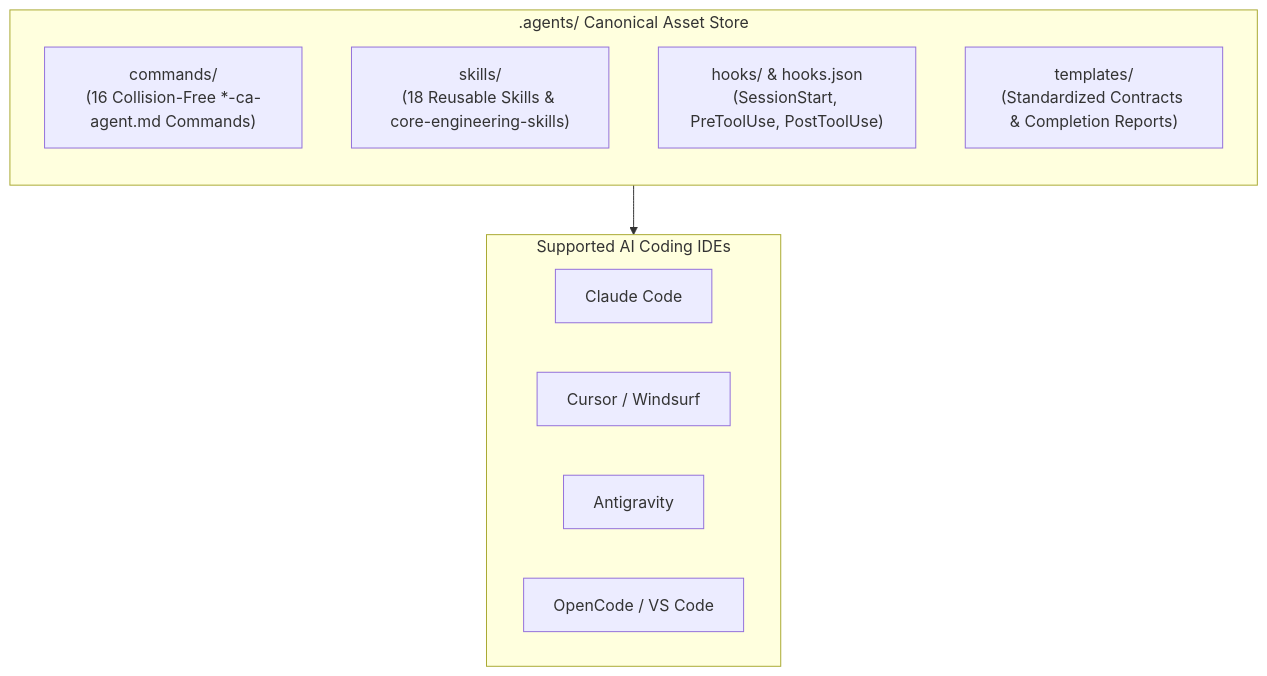
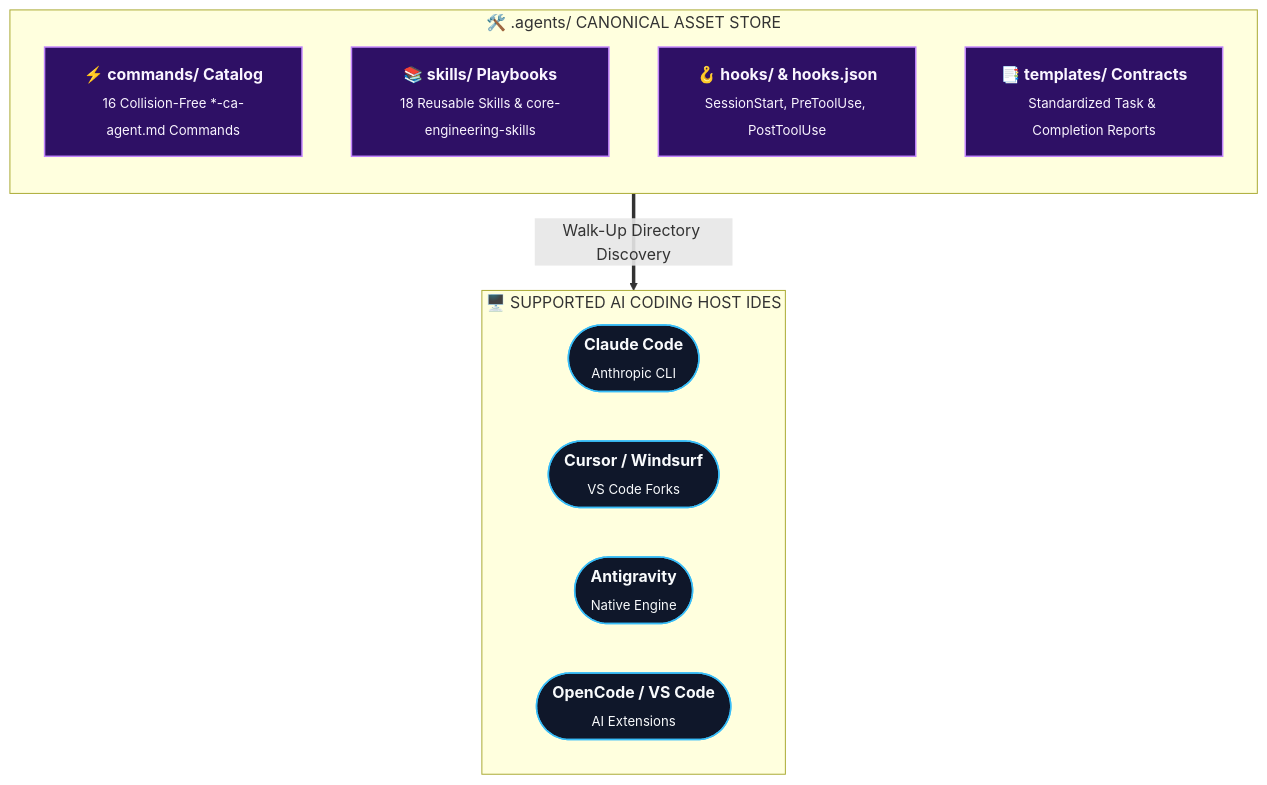
One commit to rmsofficialsyt/Agentic-AI-Vibe-Coding-AND-SDD-TDD-Codebase-Chandan-Adhikary changed the first of 2 diagrams in Vibe-Coding-Chandan-Adhikary/Vibe-Coding/.agents/README.md. Above: the diagram before and after it, drawn with Mermaid. The commit also changed other lines of this file and 23 other files, not shown here.

Commit message:
docs: redesign diagrams to Eraser.io visual style and regenerate MANIFEST.json

````diff
--- a/Vibe-Coding-Chandan-Adhikary/Vibe-Coding/.agents/README.md
+++ b/Vibe-Coding-Chandan-Adhikary/Vibe-Coding/.agents/README.md
@@ -28,20 +28,23 @@
 ```mermaid
 flowchart TD
-    subgraph AgentsRoot [".agents/ Canonical Asset Store"]
+    classDef asset fill:#2e1065,stroke:#c084fc,stroke-width:1.5px,color:#faf5ff;
+    classDef ide fill:#0f172a,stroke:#38bdf8,stroke-width:1.5px,color:#f8fafc;
+
+    subgraph AgentsRoot ["🛠️ .agents/ CANONICAL ASSET STORE"]
         direction TB
-        Commands["commands/<br/>(16 Collision-Free *-ca-agent.md Commands)"]
-        Skills["skills/<br/>(18 Reusable Skills & core-engineering-skills)"]
-        Hooks["hooks/ & hooks.json<br/>(SessionStart, PreToolUse, PostToolUse)"]
-        Templates["templates/<br/>(Standardized Contracts & Completion Reports)"]
+        Commands["<b>⚡ commands/ Catalog</b><br/><sub>16 Collision-Free *-ca-agent.md Commands</sub>"]:::asset
+        Skills["<b>📚 skills/ Playbooks</b><br/><sub>18 Reusable Skills & core-engineering-skills</sub>"]:::asset
+        Hooks["<b>🪝 hooks/ & hooks.json</b><br/><sub>SessionStart, PreToolUse, PostToolUse</sub>"]:::asset
+        Templates["<b>📑 templates/ Contracts</b><br/><sub>Standardized Task & Completion Reports</sub>"]:::asset
     end
 
-    subgraph HostIDEs ["Supported AI Coding IDEs"]
+    subgraph HostIDEs ["🖥️ SUPPORTED AI CODING HOST IDES"]
         direction LR
-        IDE1["Claude Code"]
-        IDE2["Cursor / Windsurf"]
-        IDE3["Antigravity"]
-        IDE4["OpenCode / VS Code"]
+        IDE1(["<b>Claude Code</b><br/><sub>Anthropic CLI</sub>"]):::ide
+        IDE2(["<b>Cursor / Windsurf</b><br/><sub>VS Code Forks</sub>"]):::ide
+        IDE3(["<b>Antigravity</b><br/><sub>Native Engine</sub>"]):::ide
+        IDE4(["<b>OpenCode / VS Code</b><br/><sub>AI Extensions</sub>"]):::ide
     end
 
-    AgentsRoot --> HostIDEs
+    AgentsRoot ==>|"Walk-Up Directory Discovery"| HostIDEs
 ```
````
